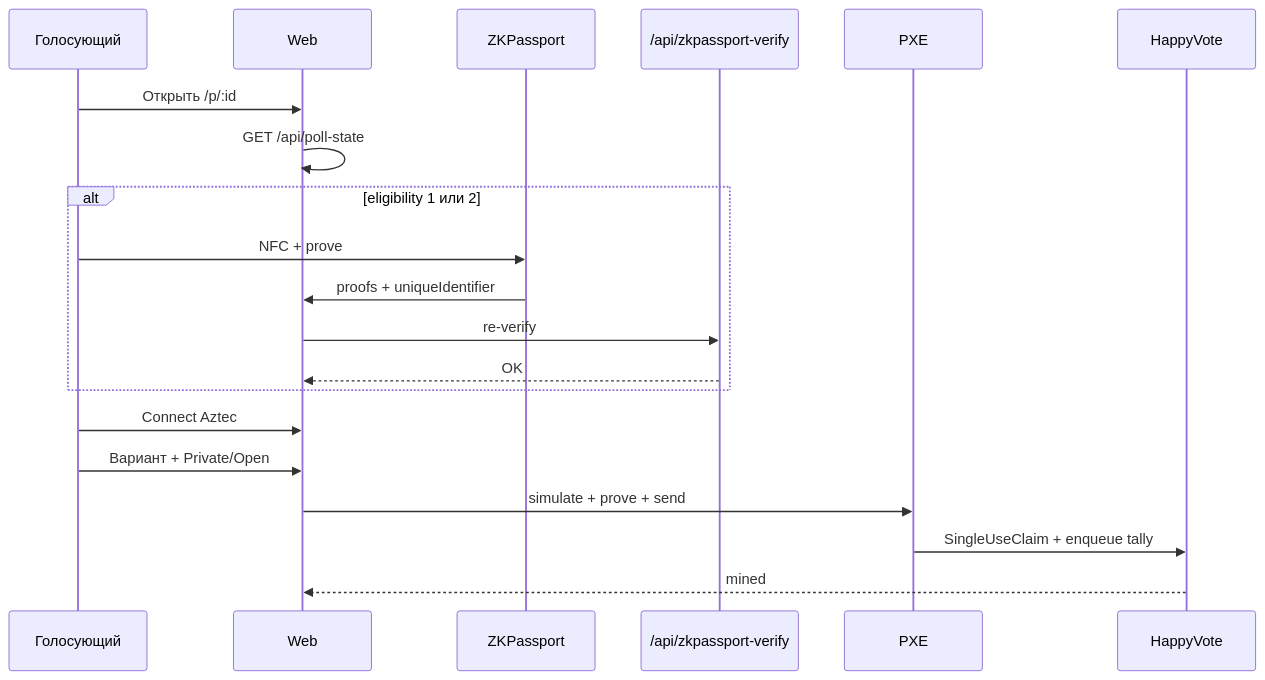
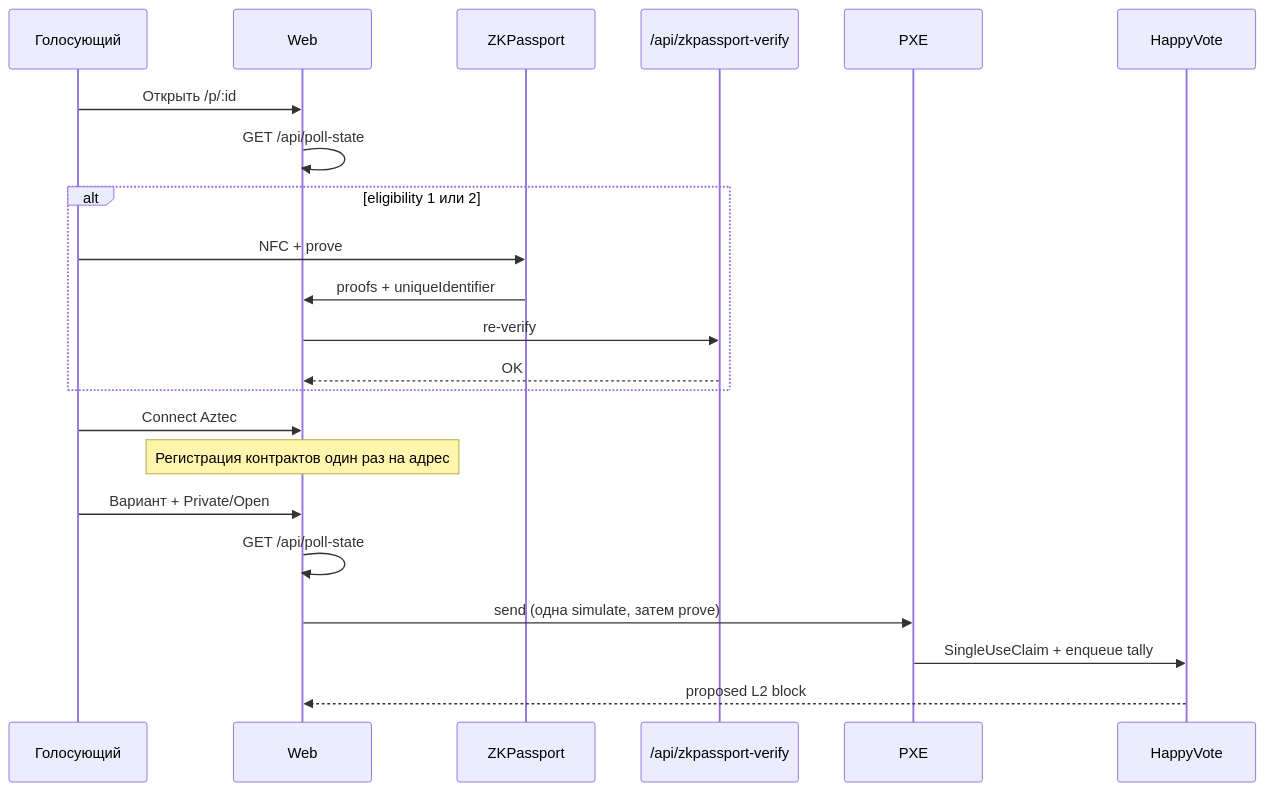
The second of 2 diagrams in docs/ru/02-ARCHITECTURE.md (pittpv/happy-vote-aztec), drawn with Mermaid before and after one commit. The commit also changed other lines of this file and 12 other files, not shown here.

````diff
--- a/docs/ru/02-ARCHITECTURE.md
+++ b/docs/ru/02-ARCHITECTURE.md
@@ -106,23 +106,25 @@
 ```mermaid
 sequenceDiagram
   participant U as Голосующий
   participant UI as Web
   participant Z as ZKPassport
   participant API as /api/zkpassport-verify
   participant PXE as PXE
   participant C as HappyVote
 
   U->>UI: Открыть /p/:id
   UI->>UI: GET /api/poll-state
   alt eligibility 1 или 2
     U->>Z: NFC + prove
     Z->>UI: proofs + uniqueIdentifier
     UI->>API: re-verify
     API-->>UI: OK
   end
   U->>UI: Connect Aztec
+  Note over UI: Регистрация контрактов один раз на адрес
   U->>UI: Вариант + Private/Open
-  UI->>PXE: simulate + prove + send
+  UI->>UI: GET /api/poll-state
+  UI->>PXE: send (одна simulate, затем prove)
   PXE->>C: SingleUseClaim + enqueue tally
-  C-->>UI: mined
+  C-->>UI: proposed L2 block
 ```
````
